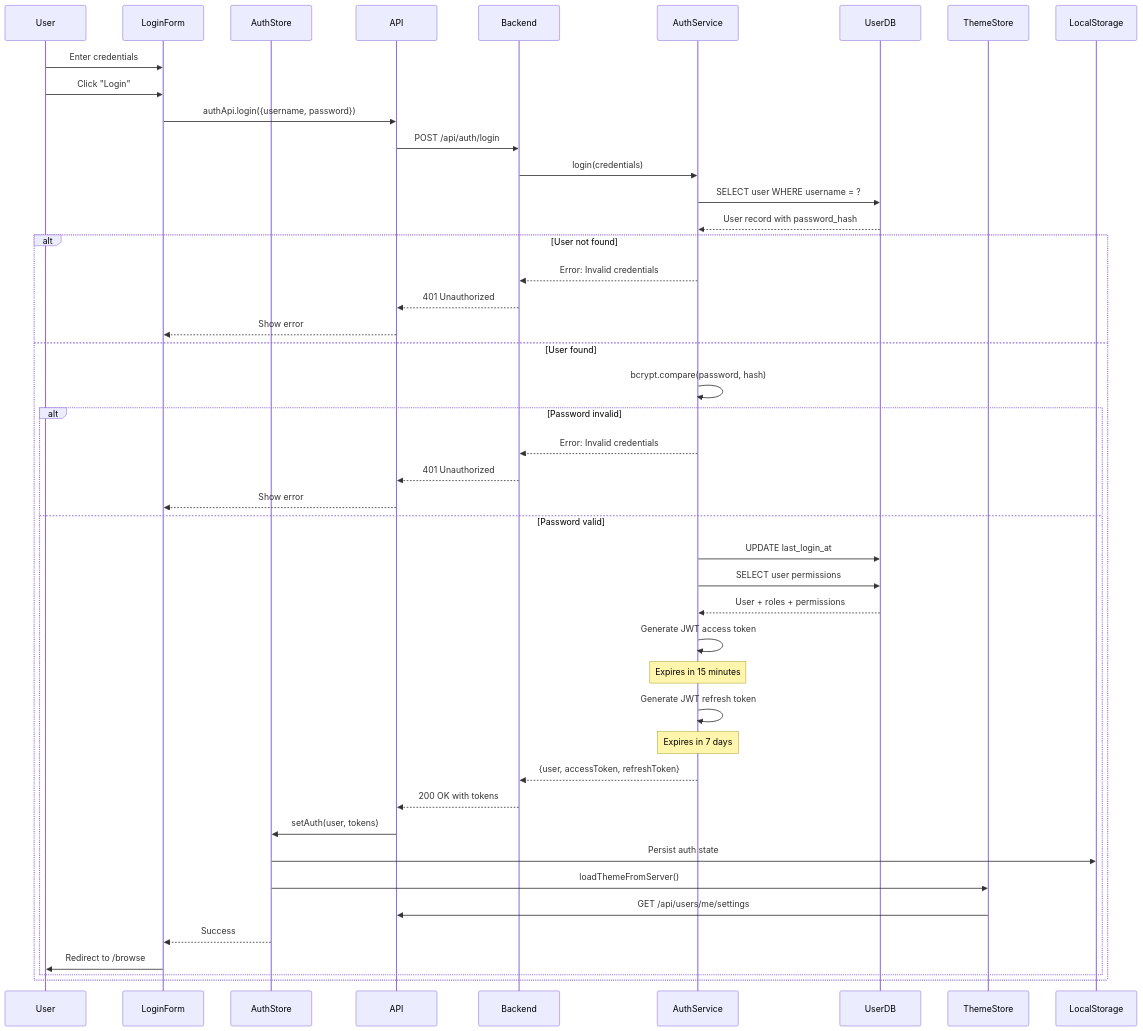
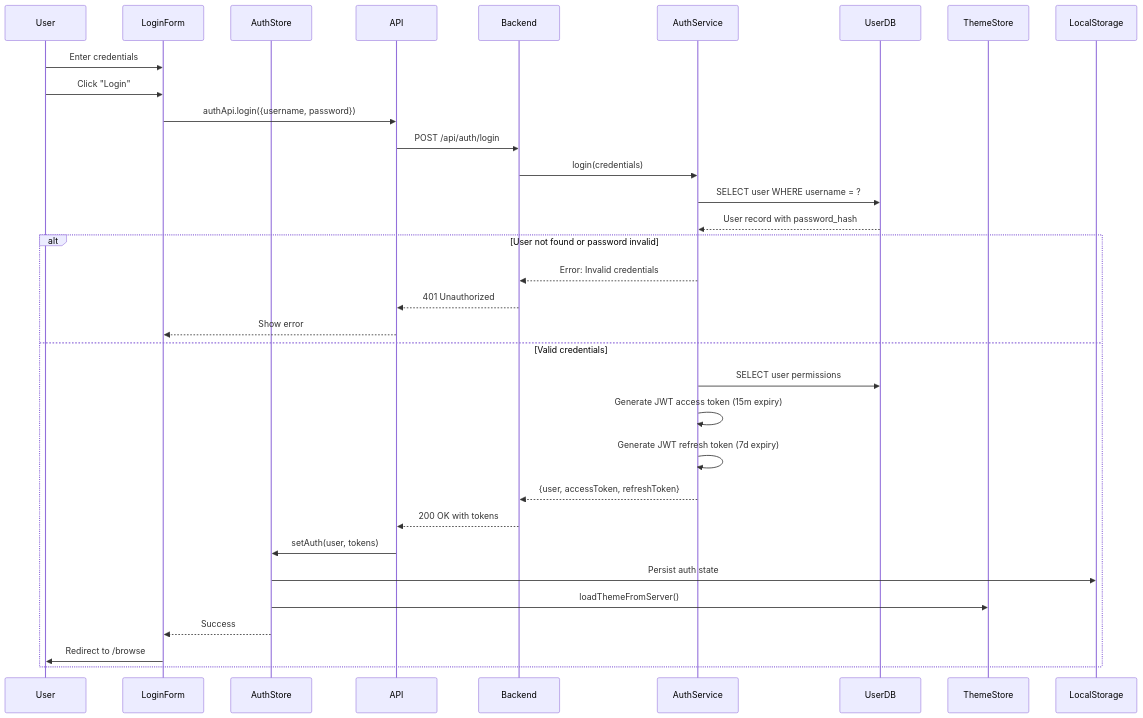
Before and after one commit to darkraise/flashpoint-web: the third of 7 diagrams in docs/02-architecture/authentication-flow.md, drawn with Mermaid. The commit also changed other lines of this file and 98 other files, not shown here.

````diff
--- a/docs/02-architecture/authentication-flow.md
+++ b/docs/02-architecture/authentication-flow.md
@@ -186,56 +112,39 @@
 ```mermaid
 sequenceDiagram
     participant User
     participant LoginForm
     participant AuthStore
     participant API
     participant Backend
     participant AuthService
     participant UserDB
     participant ThemeStore
 
     User->>LoginForm: Enter credentials
     User->>LoginForm: Click "Login"
 
     LoginForm->>API: authApi.login({username, password})
     API->>Backend: POST /api/auth/login
 
     Backend->>AuthService: login(credentials)
     AuthService->>UserDB: SELECT user WHERE username = ?
     UserDB-->>AuthService: User record with password_hash
 
-    alt User not found
+    alt User not found or password invalid
         AuthService-->>Backend: Error: Invalid credentials
         Backend-->>API: 401 Unauthorized
         API-->>LoginForm: Show error
-    else User found
-        AuthService->>AuthService: bcrypt.compare(password, hash)
+    else Valid credentials
+        AuthService->>UserDB: SELECT user permissions
+        AuthService->>AuthService: Generate JWT access token (15m expiry)
+        AuthService->>AuthService: Generate JWT refresh token (7d expiry)
+        AuthService-->>Backend: {user, accessToken, refreshToken}
+        Backend-->>API: 200 OK with tokens
 
-        alt Password invalid
-            AuthService-->>Backend: Error: Invalid credentials
-            Backend-->>API: 401 Unauthorized
-            API-->>LoginForm: Show error
-        else Password valid
-            AuthService->>UserDB: UPDATE last_login_at
-            AuthService->>UserDB: SELECT user permissions
-            UserDB-->>AuthService: User + roles + permissions
-
-            AuthService->>AuthService: Generate JWT access token
-            Note over AuthService: Expires in 15 minutes
-
-            AuthService->>AuthService: Generate JWT refresh token
-            Note over AuthService: Expires in 7 days
-
-            AuthService-->>Backend: {user, accessToken, refreshToken}
-            Backend-->>API: 200 OK with tokens
-
-            API->>AuthStore: setAuth(user, tokens)
-            AuthStore->>LocalStorage: Persist auth state
-            AuthStore->>ThemeStore: loadThemeFromServer()
-            ThemeStore->>API: GET /api/users/me/settings
-
-            AuthStore-->>LoginForm: Success
-            LoginForm->>User: Redirect to /browse
-        end
+        API->>AuthStore: setAuth(user, tokens)
+        AuthStore->>LocalStorage: Persist auth state
+        AuthStore->>ThemeStore: loadThemeFromServer()
+        AuthStore-->>LoginForm: Success
+        LoginForm->>User: Redirect to /browse
     end
 ```
````
